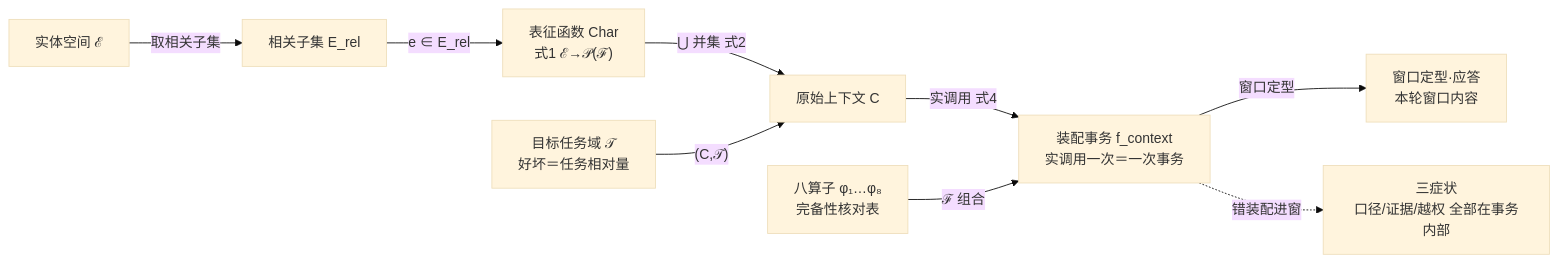
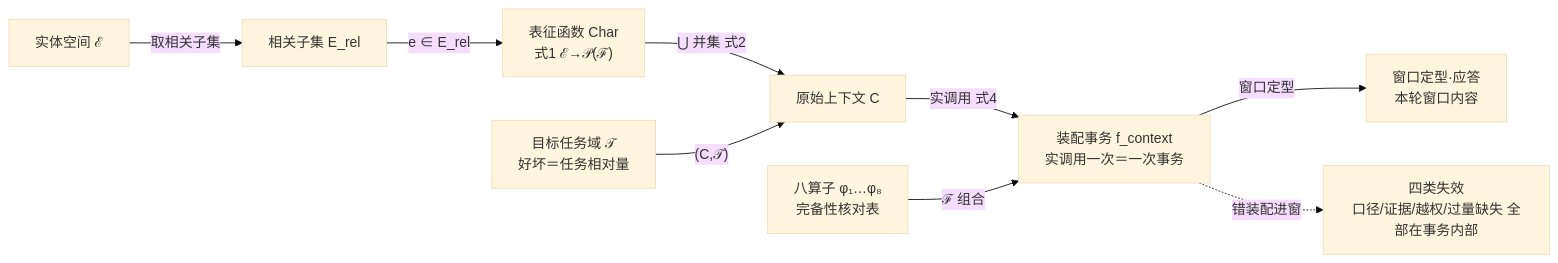
One commit to ThreeFish-AI/negentropy changed the diagram in docs/assets/mermaid/cognitive-context/context-layer-blueprint--first-class-object.mmd. Above: the diagram before and after it, drawn with Mermaid (base theme). The commit also changed 476 other files, not shown here.

First line of the commit message:
docs+feat: 013 蓝图去比喻整改 + Context Layer 第 2 集零类比重制（edge 草渲 26:57） (#1195)

```diff
--- a/docs/assets/mermaid/cognitive-context/context-layer-blueprint--first-class-object.mmd
+++ b/docs/assets/mermaid/cognitive-context/context-layer-blueprint--first-class-object.mmd
@@ -1,14 +1,14 @@
-%%source: docs/research/cognitive-context/013-context-layer-blueprint.md §2 第一性对象与分析单元（式2 并集、式3/4 装配事务；三症状三病灶冻结口径）
+%%source: docs/research/cognitive-context/013-context-layer-blueprint.md §2 问题定义与分析单元（式2 并集、式3/4 装配事务；四类失效四个根因：数据侧三承 011、模型侧一为本篇补充）
 %%slug: cognitive-context/context-layer-blueprint--first-class-object
 %%type: dataflow
-%%derived: archify dataflow v1, authored fresh（新图：ℰ→E_rel→Char→C→(C,𝒯)→f_context 装配事务主链；三症状挂事务内部、八算子作加工位）
+%%derived: archify dataflow v1, authored fresh（新图：ℰ→E_rel→Char→C→(C,𝒯)→f_context 装配事务主链；四类失效挂事务内部、八算子作加工位）
 %% fix: 2026-10-10 式3→式4 口径对齐正文 §2.4
 flowchart LR
     ESPACE["实体空间 ℰ"] -->|"取相关子集"| EREL["相关子集 E_rel"]
     EREL -->|"e ∈ E_rel"| CHAR["表征函数 Char<br/>式1 ℰ→𝒫(ℱ)"]
     CHAR -->|"⋃ 并集 式2"| C["原始上下文 C"]
     TASK["目标任务域 𝒯<br/>好坏＝任务相对量"] -->|"(C,𝒯)"| C
     C -->|"实调用 式4"| TXN["装配事务 f_context<br/>实调用一次＝一次事务"]
     OPS["八算子 φ₁…φ₈<br/>完备性核对表"] -->|"ℱ 组合"| TXN
     TXN -->|"窗口定型"| ANSWER["窗口定型·应答<br/>本轮窗口内容"]
-    TXN -.->|"错装配进窗"| SYM["三症状<br/>口径/证据/越权 全部在事务内部"]
+    TXN -.->|"错装配进窗"| SYM["四类失效<br/>口径/证据/越权/过量缺失 全部在事务内部"]
```
